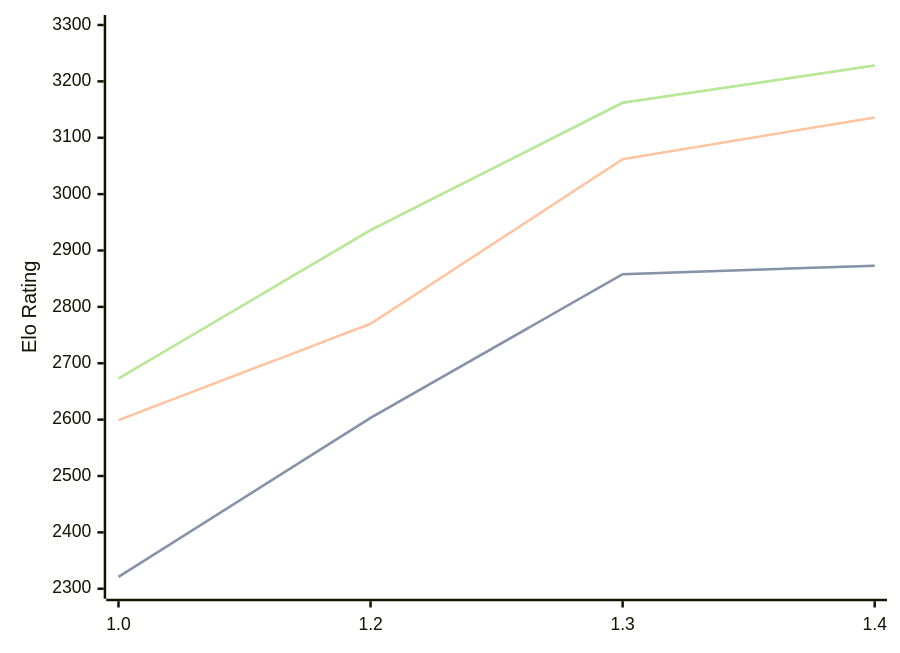
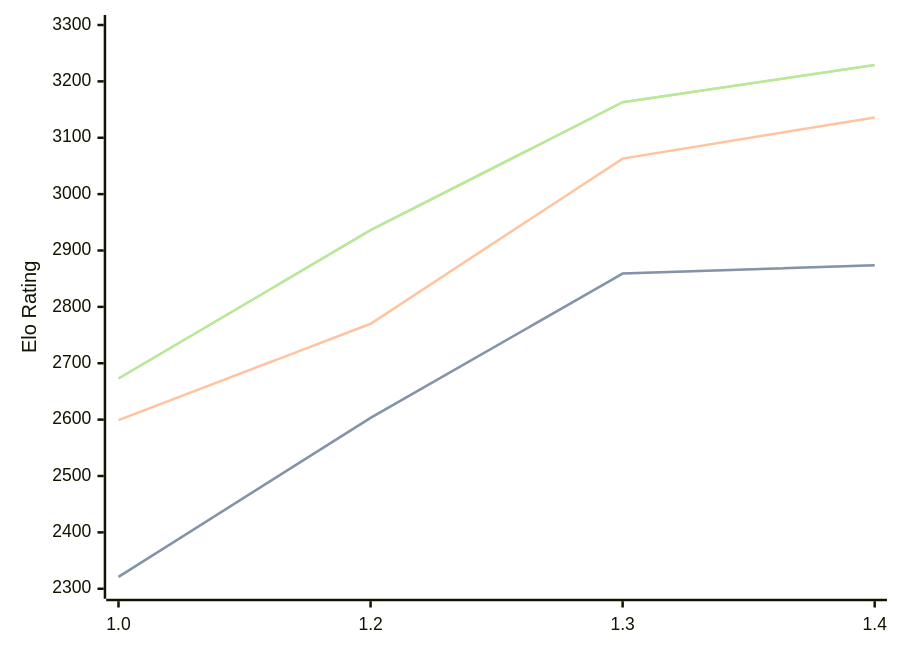
One commit to computer-chess-index/cci changed the diagram in engines/Chessnix.md. Above: the diagram before and after it, drawn with Mermaid. The commit also changed other lines of this file, not shown here.

Commit message:
Update CCI Ratings (ELO VLTC) - 2026-08-24

````diff
--- a/engines/Chessnix.md
+++ b/engines/Chessnix.md
@@ -34,11 +34,11 @@
 ```mermaid
 %%{init: {"theme":"base","themeVariables":{"seriesColors:['#a3a3a3','#222221','#faa371']}}}%%
 xychart-beta
   x-axis ["1.0", "1.2", "1.3", "1.4"]
   y-axis "Elo Rating" 2300 --> 3300
-  line "STC (8.0+0.08s)" [2321, 2603, 2858, 2873]
-  line "STC (8.0+0.08s)" [2321, 2603, 2858, 2873]
-  line "LTC (60.0+0.60s)" [2599, 2770, 3062, 3136]
-  line "VLTC (2m24s+1.12s)" [2673, 2936, 3162, 3228]
-  line "VLTC (2m24s+1.12s)" [2673, 2936, 3162, 3228]
+  line "STC (8.0+0.08s)" [2321, 2603, 2859, 2874]
+  line "STC (8.0+0.08s)" [2321, 2603, 2859, 2874]
+  line "LTC (60.0+0.60s)" [2599, 2770, 3063, 3136]
+  line "VLTC (2m24s+1.12s)" [2673, 2936, 3163, 3229]
+  line "VLTC (2m24s+1.12s)" [2673, 2936, 3163, 3229]
 ```
````
